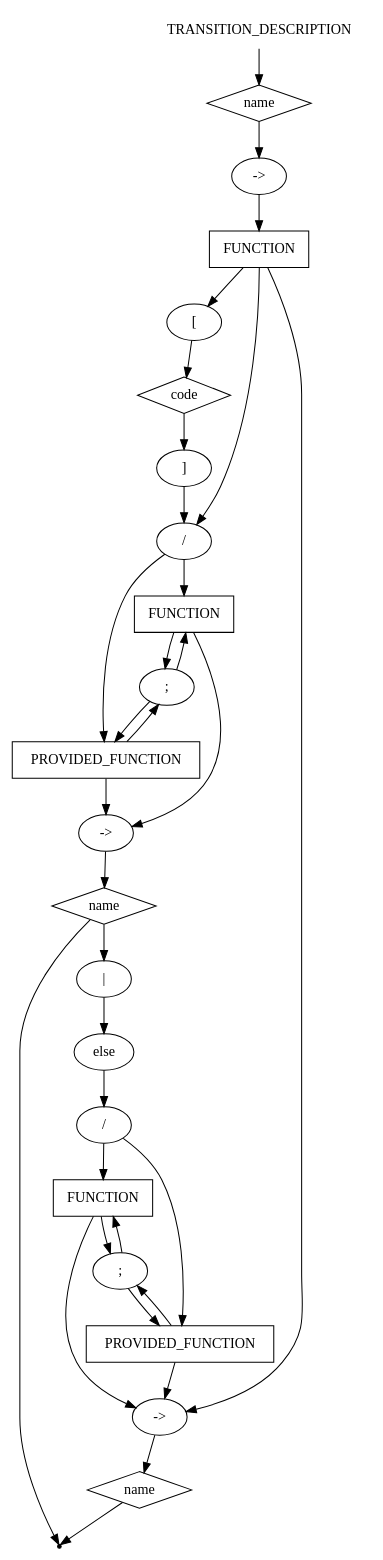
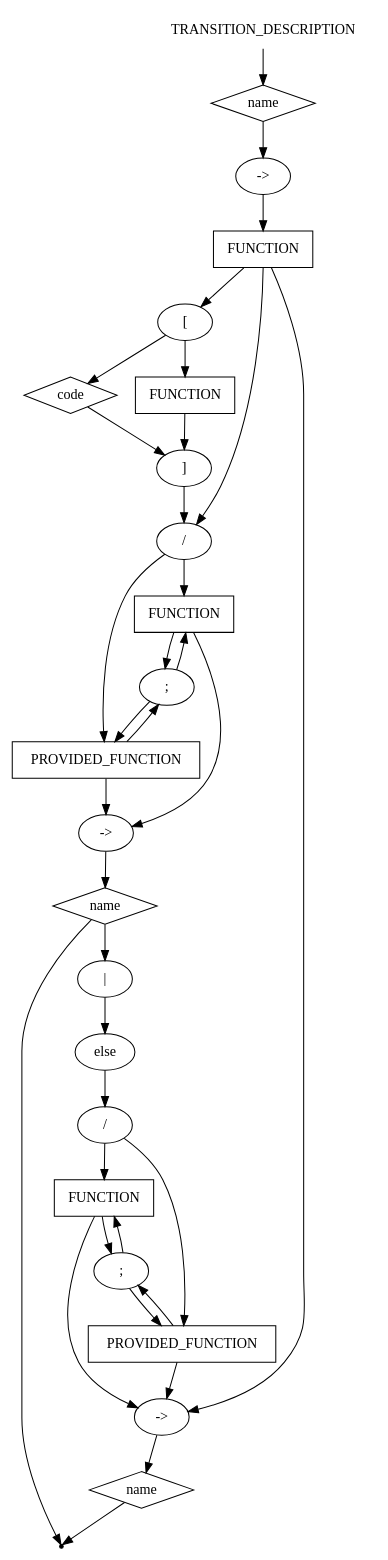
One commit to Samirox66/ciao changed the diagram in ciao_gv/transition_description.gv. Above: the diagram before and after it, drawn with Graphviz. The commit also changed 3 other files, not shown here.

```diff
--- a/ciao_gv/transition_description.gv
+++ b/ciao_gv/transition_description.gv
@@ -1,77 +1,80 @@
 digraph TRANSITION_DESCRIPTION {
 start [label=TRANSITION_DESCRIPTION shape=plaintext]
 A [label=name shape=diamond]
 B [label="->" shape=oval]
 C [label=FUNCTION shape=box]
 
 D [label="[" shape=oval]
 E [label=code shape=diamond]
+X [label=FUNCTION shape=box]
 F [label="]" shape=oval]
 
 G [label="/" shape=oval]
 H  [label=FUNCTION shape=box]
 J [label=PROVIDED_FUNCTION shape=box]
 U [label =";" shape=oval]
 
 K [label="->" shape=oval]
 L [label=name shape=diamond]
 
 P [label="|" shape=oval]
 M [label="else" shape=oval]
 N [label="/" shape=oval]
 T [label=FUNCTION shape=box]
 R [label=PROVIDED_FUNCTION shape=box]
 W [label =";" shape=oval]
 
 S [label="->" shape=oval]
 Q [label=name shape=diamond]
 
 end [label="" shape=point]
 
 start -> A
 A -> B
 B -> C
 
 C -> G
 C -> D
 
 C -> S
 
 D -> E 
 E -> F 
+D -> X 
+X -> F 
 F -> G
 
 G -> H
 G -> J
 
 H -> K
 J -> K
 H -> U
 J -> U
 U -> H
 U -> J
 
 
 K -> L
 L -> end
 
 L -> P 
 P -> M
 M -> N
 
 N -> T 
 N -> R
 
 T -> S 
 T -> W 
 
 R -> S
 R -> W
 
 W -> R
 W -> T
 S -> Q
 
 Q -> end
 
 }
```
